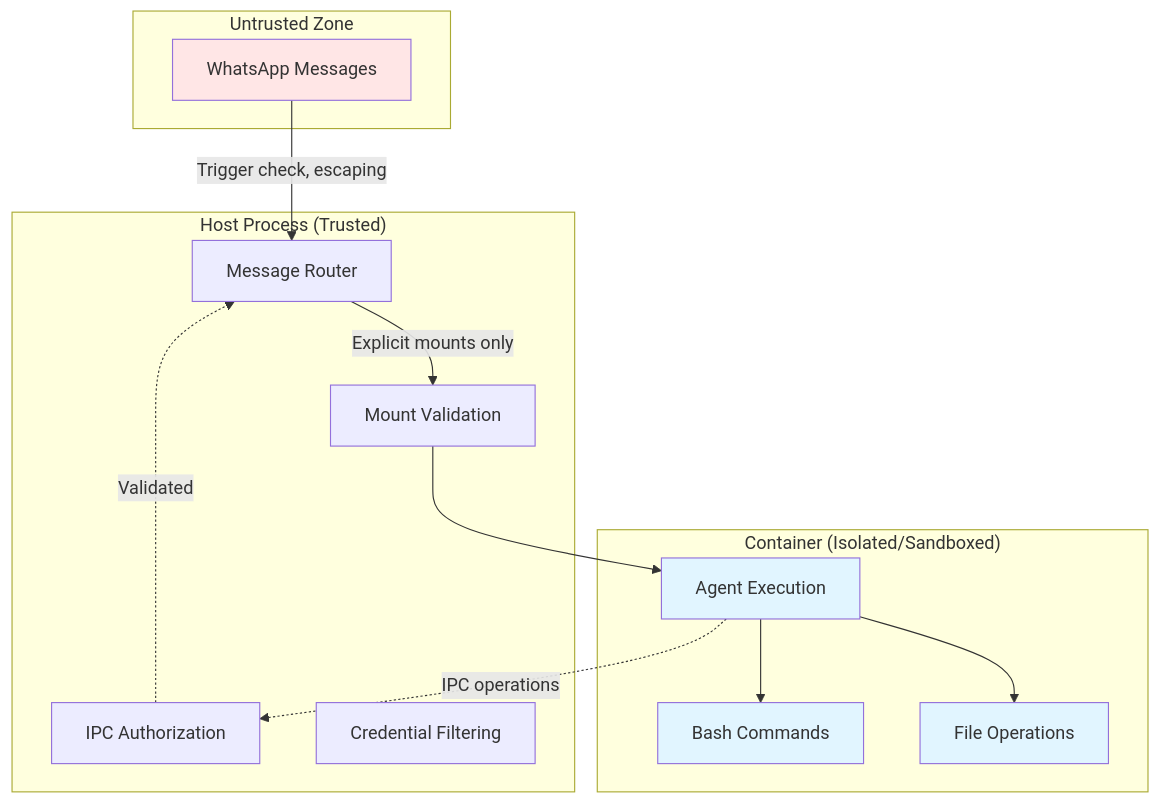
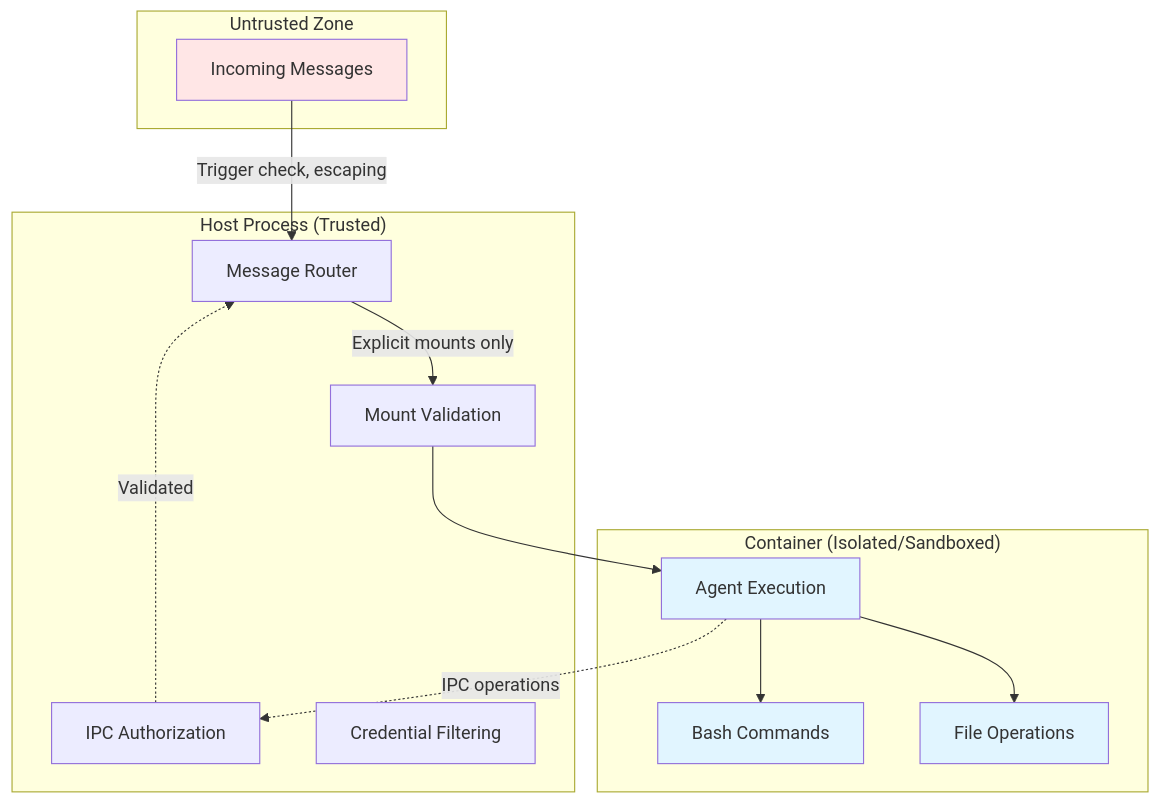
Before and after one commit to glifocat/nanoclaw-docs: the diagram in concepts/security.mdx, drawn with Mermaid. The commit also changed other lines of this file and 9 other files, not shown here.

First line of the commit message:
Fix outdated WhatsApp-as-default references across documentation

````diff
--- a/concepts/security.mdx
+++ b/concepts/security.mdx
@@ -34,32 +34,32 @@
 ```mermaid
 graph TB
     subgraph "Untrusted Zone"
-        WA[WhatsApp Messages]
+        MSG[Incoming Messages]
     end
-    
+
     subgraph "Host Process (Trusted)"
         RT[Message Router]
         IPC[IPC Authorization]
         MV[Mount Validation]
         CF[Credential Filtering]
     end
-    
+
     subgraph "Container (Isolated/Sandboxed)"
         AG[Agent Execution]
         BA[Bash Commands]
         FO[File Operations]
     end
-    
-    WA -->|Trigger check, escaping| RT
+
+    MSG -->|Trigger check, escaping| RT
     RT -->|Explicit mounts only| MV
     MV --> AG
     AG -.->|IPC operations| IPC
     IPC -.->|Validated| RT
     AG --> BA
     AG --> FO
-    
-    style WA fill:#ffe6e6
+
+    style MSG fill:#ffe6e6
     style AG fill:#e1f5ff
     style BA fill:#e1f5ff
     style FO fill:#e1f5ff
 ```
````
